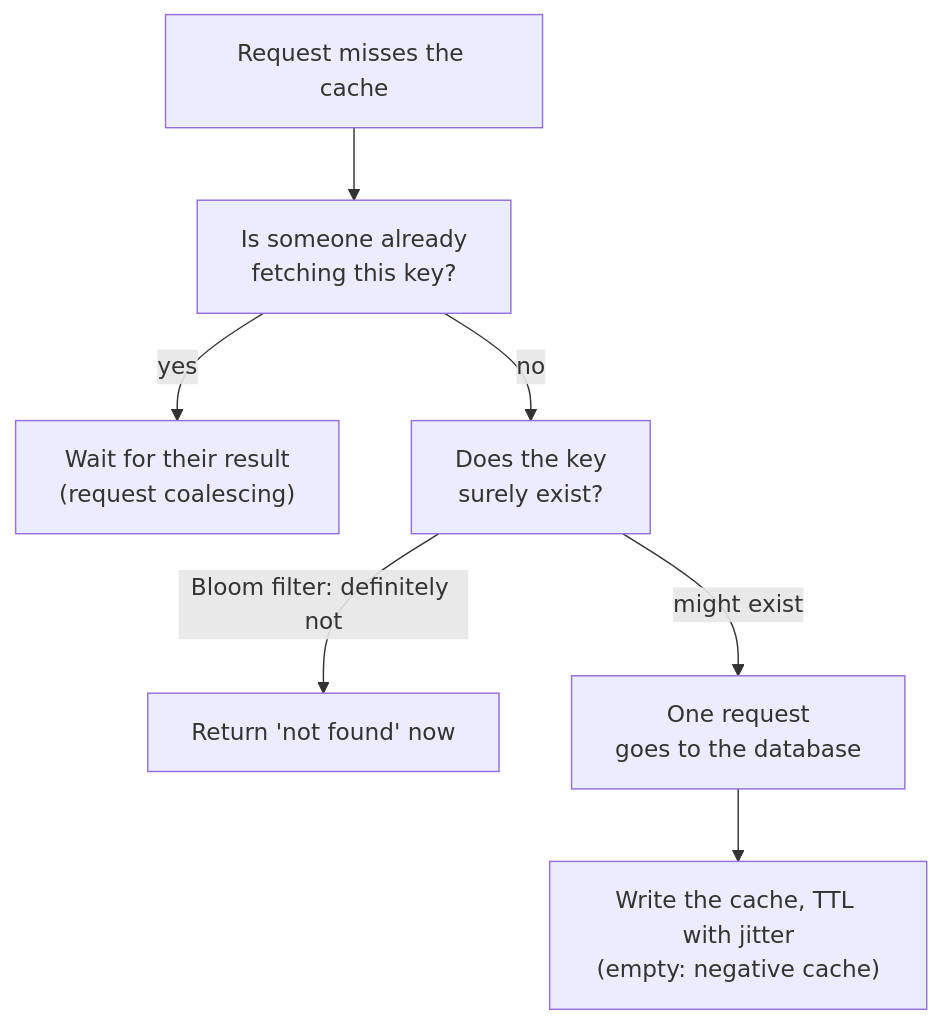
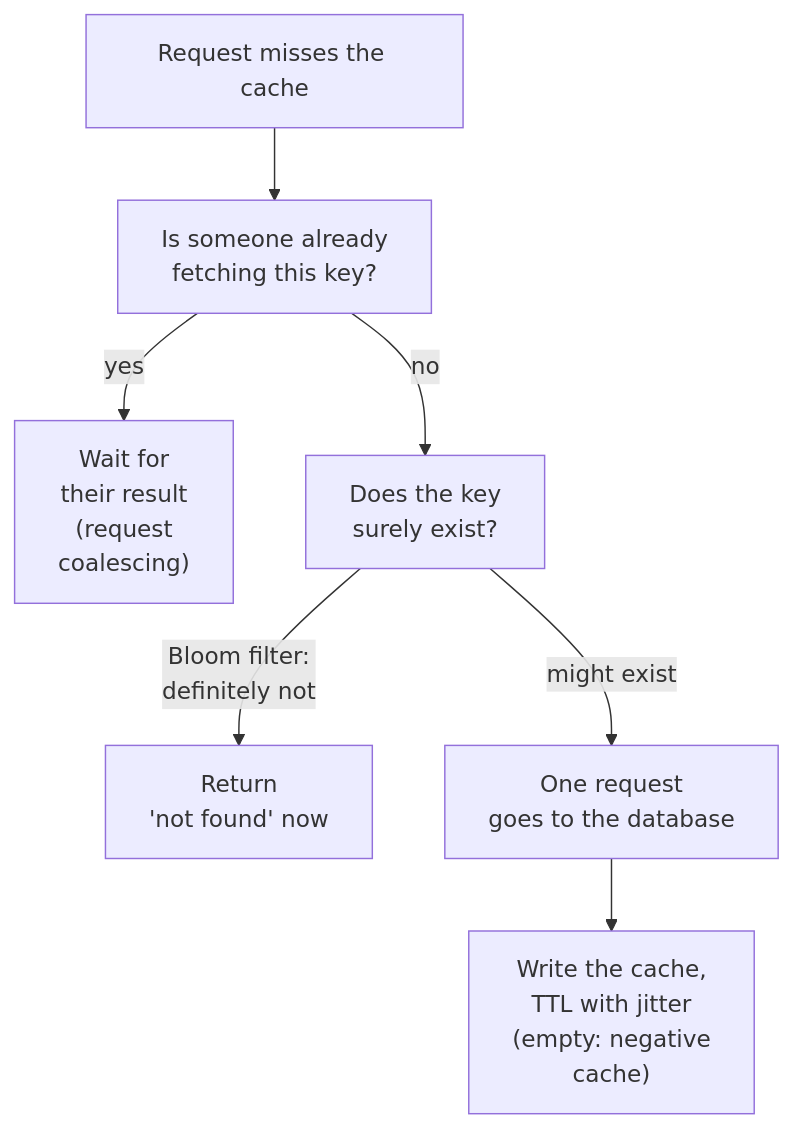
Before and after one commit to duongbui234/software-engineering-atlas: the diagram in content/en/posts/2026-11-22-caching-under-load.md, drawn with Mermaid. The commit also changed 134 other files, not shown here.

First line of the commit message:
Fit every Mermaid diagram at 390px without sideways scroll (#56)

````diff
--- a/content/en/posts/2026-11-22-caching-under-load.md
+++ b/content/en/posts/2026-11-22-caching-under-load.md
@@ -54,9 +54,9 @@
 ```mermaid
 flowchart TB
     S["Request misses the cache"] --> Q1["Is someone already<br/>fetching this key?"]
-    Q1 -->|"yes"| W["Wait for their result<br/>(request coalescing)"]
+    Q1 -->|"yes"| W["Wait for<br/>their result<br/>(request<br/>coalescing)"]
     Q1 -->|"no"| Q2["Does the key<br/>surely exist?"]
-    Q2 -->|"Bloom filter: definitely not"| N["Return 'not found' now"]
+    Q2 -->|"Bloom filter:<br/>definitely not"| N["Return<br/>'not found' now"]
     Q2 -->|"might exist"| D["One request<br/>goes to the database"]
-    D --> C["Write the cache, TTL with jitter<br/>(empty: negative cache)"]
+    D --> C["Write the cache,<br/>TTL with jitter<br/>(empty: negative<br/>cache)"]
 ```
````
